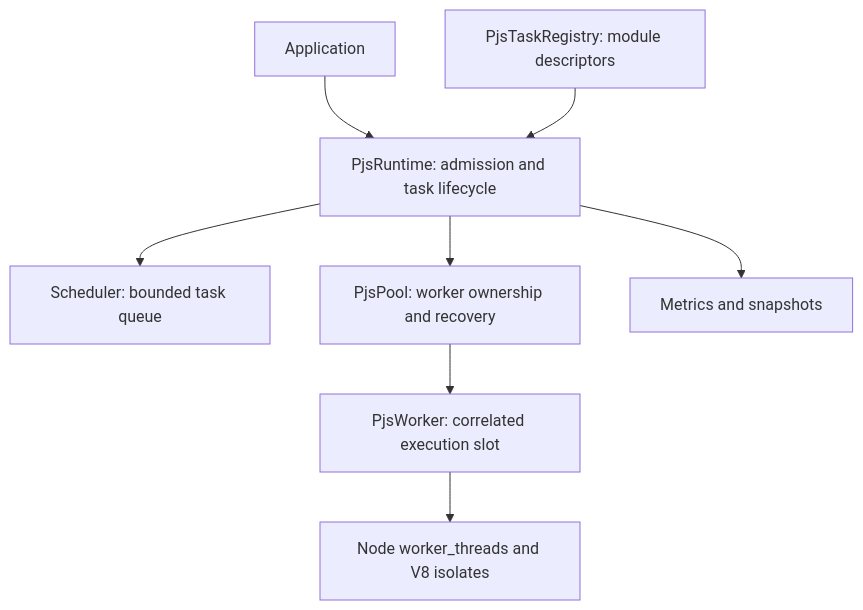
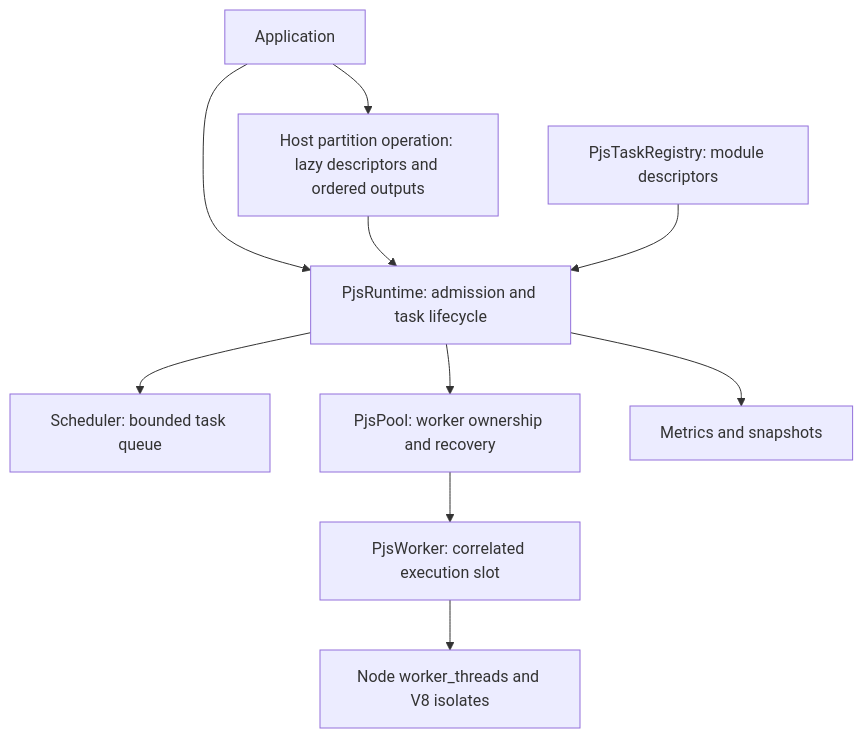
Before and after one commit to Miskovy/parallel-javascript: the diagram in docs/architecture.md, drawn with Mermaid. The commit also changed other lines of this file and 37 other files, not shown here.

````diff
--- a/docs/architecture.md
+++ b/docs/architecture.md
@@ -5,10 +5,12 @@
 ```mermaid
 flowchart TD
   A[Application] --> R[PjsRuntime: admission and task lifecycle]
+  A --> O[Host partition operation: lazy descriptors and ordered outputs]
+  O --> R
   R --> Q[Scheduler: bounded task queue]
   R --> P[PjsPool: worker ownership and recovery]
   P --> W[PjsWorker: correlated execution slot]
   W --> N[Node worker_threads and V8 isolates]
   G[PjsTaskRegistry: module descriptors] --> R
   R --> M[Metrics and snapshots]
 ```
````
